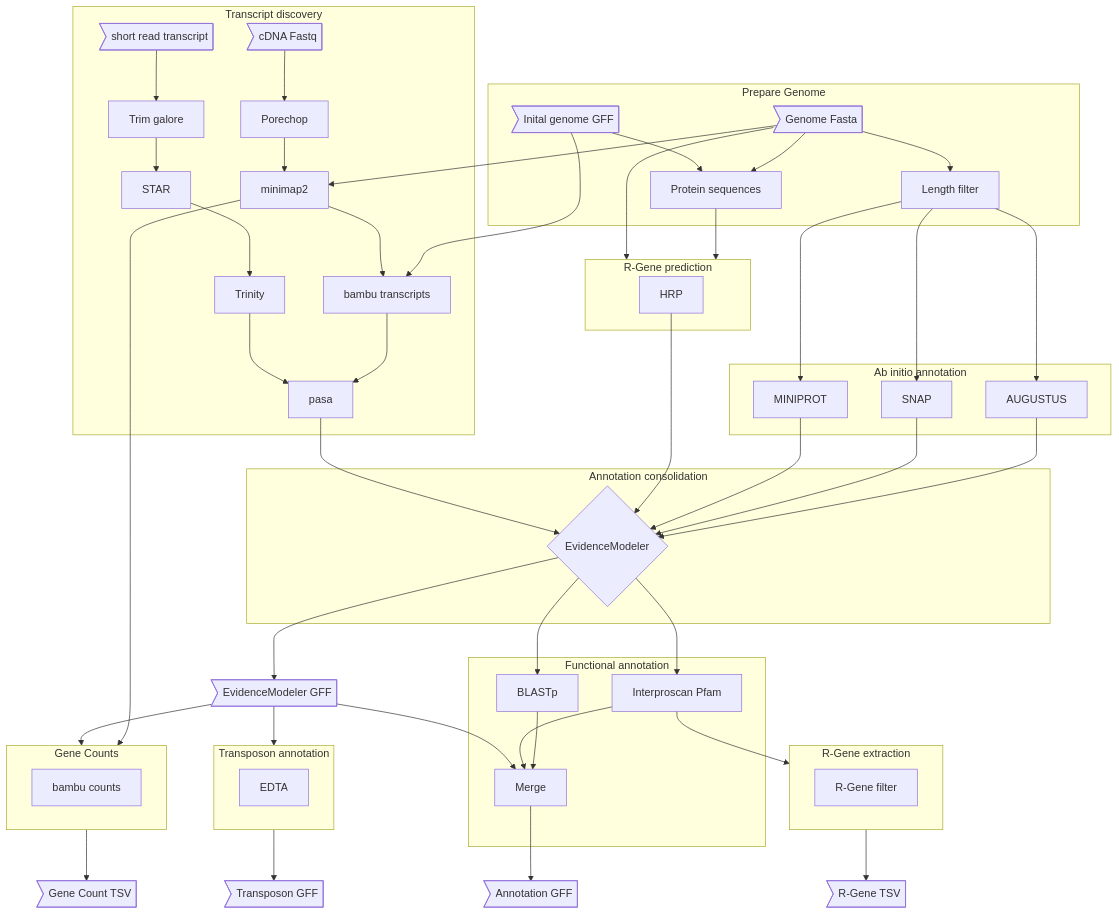
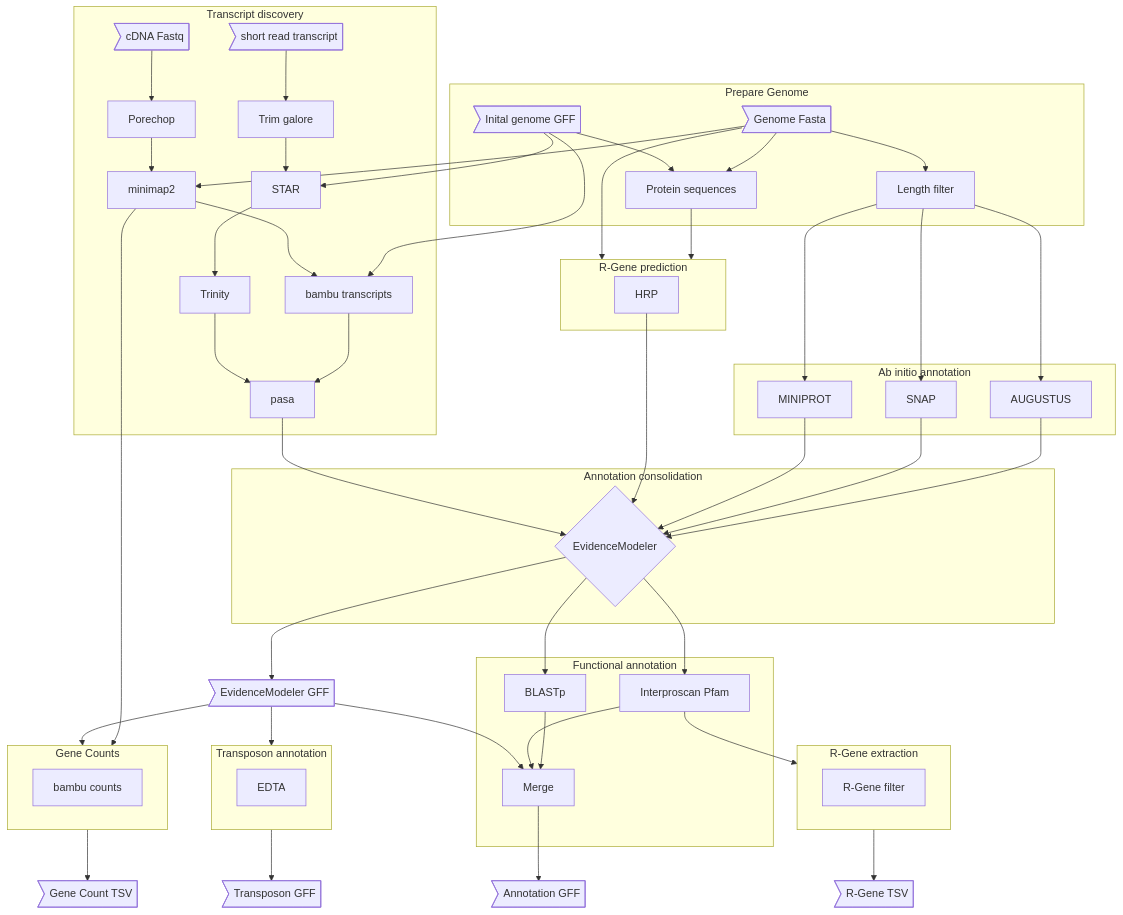
The first of 2 diagrams in README.md (nschan/nf-annotate), drawn with Mermaid before and after one commit.

````diff
--- a/README.md
+++ b/README.md
@@ -16,63 +16,64 @@
 ```mermaid
 graph TD;
     subgraph Prepare Genome
     gfasta>Genome Fasta] --> lfilt[Length filter];
     gfasta --> pseqs[Protein sequences];
     ggff>Inital genome GFF] --> pseqs;
     end
+    ggff --> alnshort
     subgraph abinitio[Ab initio annotation]
     lfilt --> AUGUSTUS;
     lfilt --> SNAP;
     lfilt --> MINIPROT;
     end
     subgraph hrp[R-Gene prediction]
     HRP
     end
     pseqs --> hrp
     gfasta --> hrp
     subgraph Transcript discovery
     cDNA>cDNA Fastq] --> Porechop;
     Porechop --> minimap2;
     gfasta --> minimap2;
     ggff --> batrans[bambu transcripts]
     minimap2 --> batrans;
     batrans --> pasa;
     mRNA>short read transcript] --> trim[Trim galore];
     trim --> alnshort[STAR]
     alnshort --> trinity[Trinity]
     trinity --> pasa
 
     end
     subgraph Annotation consolidation
     AUGUSTUS --> EvidenceModeler{EvidenceModeler};
     SNAP --> EvidenceModeler;
     MINIPROT --> EvidenceModeler;
     HRP --> EvidenceModeler;
     pasa --> EvidenceModeler;
     end
     EvidenceModeler --> evGFF>EvidenceModeler GFF]
     subgraph counts[Gene Counts]
     bacounts[bambu counts]
     end
     subgraph Rgene[R-Gene extraction]
     rgene[R-Gene filter];
     end
     pfam --> Rgene
     Rgene --> r_tsv>R-Gene TSV];
     minimap2 --> counts;
     evGFF --> counts;
     counts --> tsv_count>Gene Count TSV];
     subgraph Functional annotation
     EvidenceModeler --> BLASTp;
     EvidenceModeler --> pfam[Interproscan Pfam];
     BLASTp --> func[Merge];
     pfam --> func;
     end
     evGFF --> func
     func --> gff_anno>Annotation GFF]
     subgraph Transposon[Transposon annotation]
     edta[EDTA]
     end
     evGFF --> Transposon
     Transposon --> tranposonGFF>Transposon GFF]
 ```
````
